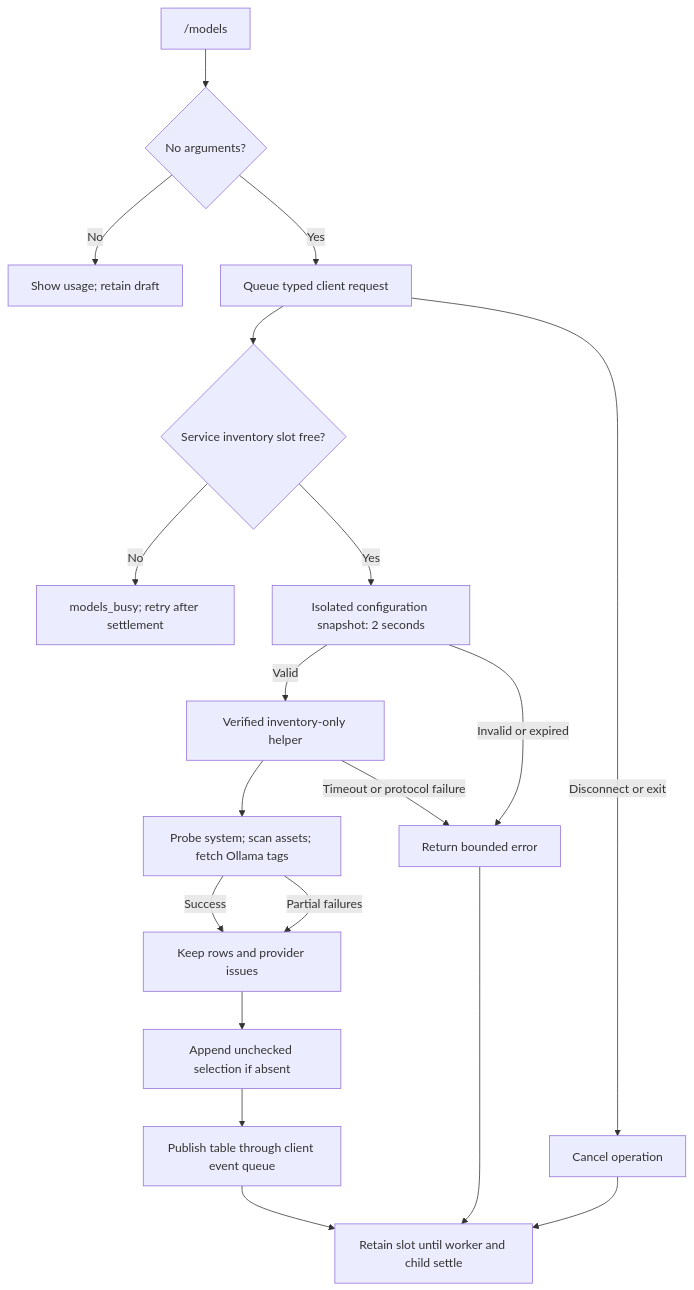
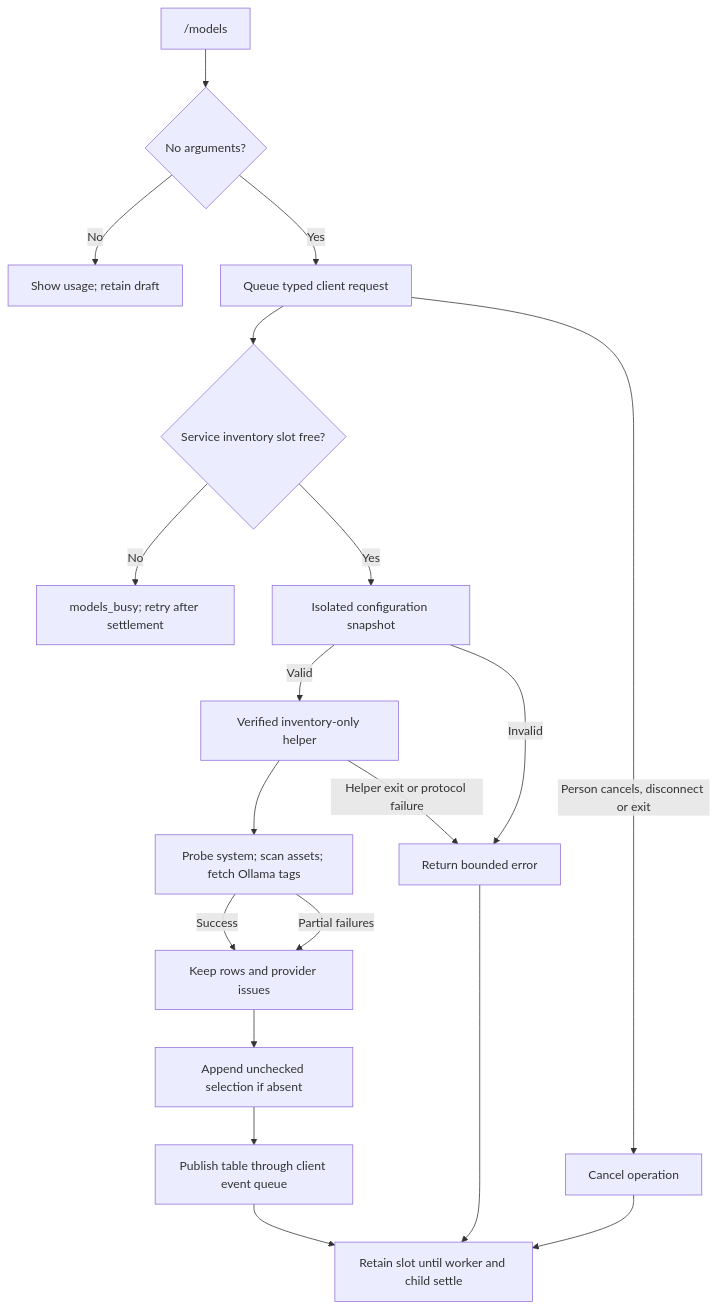
Before and after one commit to pidster/asura: the fourth of 8 diagrams in docs/designs/model-provider-integration.md, drawn with Mermaid. The commit also changed other lines of this file and 39 other files, not shown here.

````diff
--- a/docs/designs/model-provider-integration.md
+++ b/docs/designs/model-provider-integration.md
@@ -645,21 +659,21 @@
 ```mermaid
 flowchart TD
     Input["/models"] --> Syntax{"No arguments?"}
     Syntax -->|No| Reject["Show usage; retain draft"]
     Syntax -->|Yes| Client["Queue typed client request"]
     Client --> Slot{"Service inventory slot free?"}
     Slot -->|No| Busy["models_busy; retry after settlement"]
-    Slot -->|Yes| Config["Isolated configuration snapshot: 2 seconds"]
-    Config -->|Invalid or expired| Error["Return bounded error"]
+    Slot -->|Yes| Config["Isolated configuration snapshot"]
+    Config -->|Invalid| Error["Return bounded error"]
     Config -->|Valid| Helper["Verified inventory-only helper"]
     Helper --> Providers["Probe system; scan assets; fetch Ollama tags"]
     Providers -->|Partial failures| Partial["Keep rows and provider issues"]
     Providers -->|Success| Partial
     Partial --> Selection["Append unchecked selection if absent"]
     Selection --> Table["Publish table through client event queue"]
-    Helper -->|Timeout or protocol failure| Error
-    Client -->|Disconnect or exit| Cancel["Cancel operation"]
+    Helper -->|Helper exit or protocol failure| Error
+    Client -->|Person cancels, disconnect or exit| Cancel["Cancel operation"]
     Cancel --> Settle["Retain slot until worker and child settle"]
     Error --> Settle
     Table --> Settle
 ```
````
